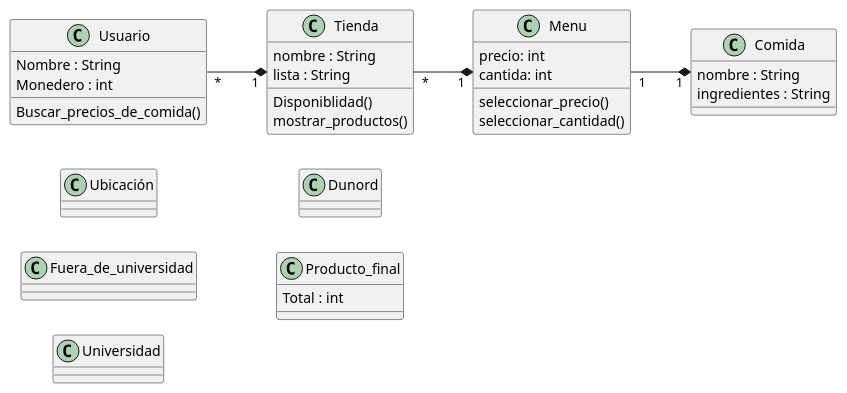
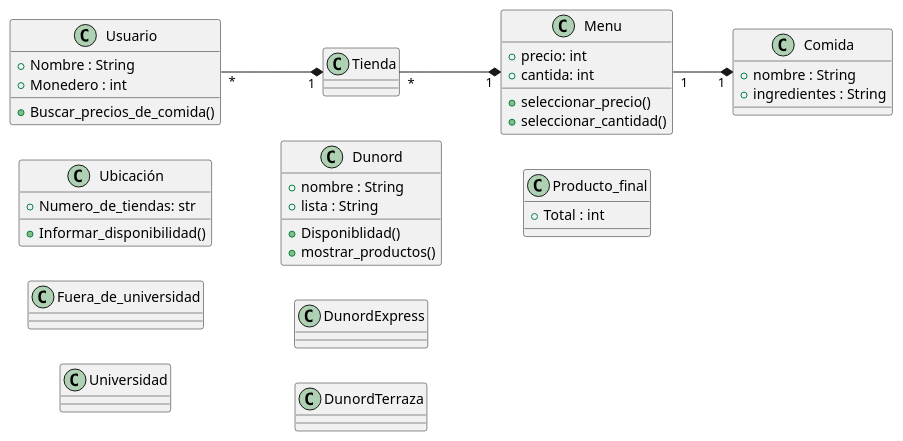
One commit to Lacuellar/Ufind- changed the diagram in uml_Ufind.puml. Above: the diagram before and after it, drawn with PlantUML.

```diff
--- a/uml_Ufind.puml
+++ b/uml_Ufind.puml
@@ -1,54 +1,60 @@
 @startuml
 left to right direction
 class Usuario {
-  Nombre : String
-  Monedero : int
-  Buscar_precios_de_comida()
-}
-
-class Comida {
-   nombre : String
-   ingredientes : String
-
+  +Nombre : String
+  +Monedero : int
+  +Buscar_precios_de_comida()
 }
 
 Class Ubicación {
-
+    +Numero_de_tiendas: str
+    +Informar_disponibilidad()
 }
 
 class Fuera_de_universidad{
 
 
 }
 
 Class Universidad{
 
 }
 
-Class Dunord{
+
+class Dunord {
+   +nombre : String
+   +lista : String
+   +Disponiblidad()
+   +mostrar_productos()
+}
+
+Class DunordExpress{
 
 }
-class Tienda {
-   nombre : String
-   lista : String
-   Disponiblidad()
-   mostrar_productos()
+
+Class DunordTerraza{
+
+}
+class Menu {
+   
+   +precio: int
+   +cantida: int
+   +seleccionar_precio()
+   +seleccionar_cantidad()
 }
 
-class Menu {
-   
-   precio: int
-   cantida: int
-   seleccionar_precio()
-   seleccionar_cantidad()
+class Comida {
+   +nombre : String
+   +ingredientes : String
+
 }
 
 Class Producto_final{
-   Total : int
+   +Total : int
 }
 
 Usuario "*" --*  "1" Tienda
 Tienda "*" --*  "1" Menu
 Menu "1" --* "1" Comida
 
 @enduml
```
